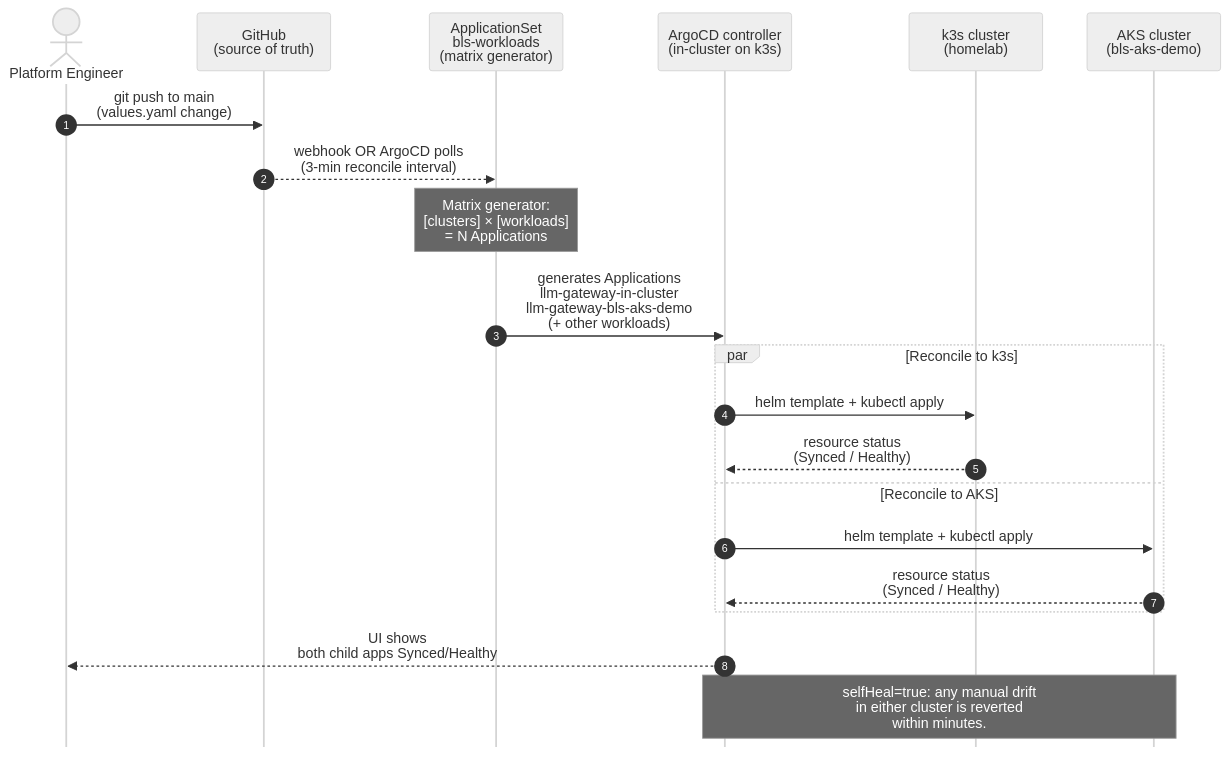
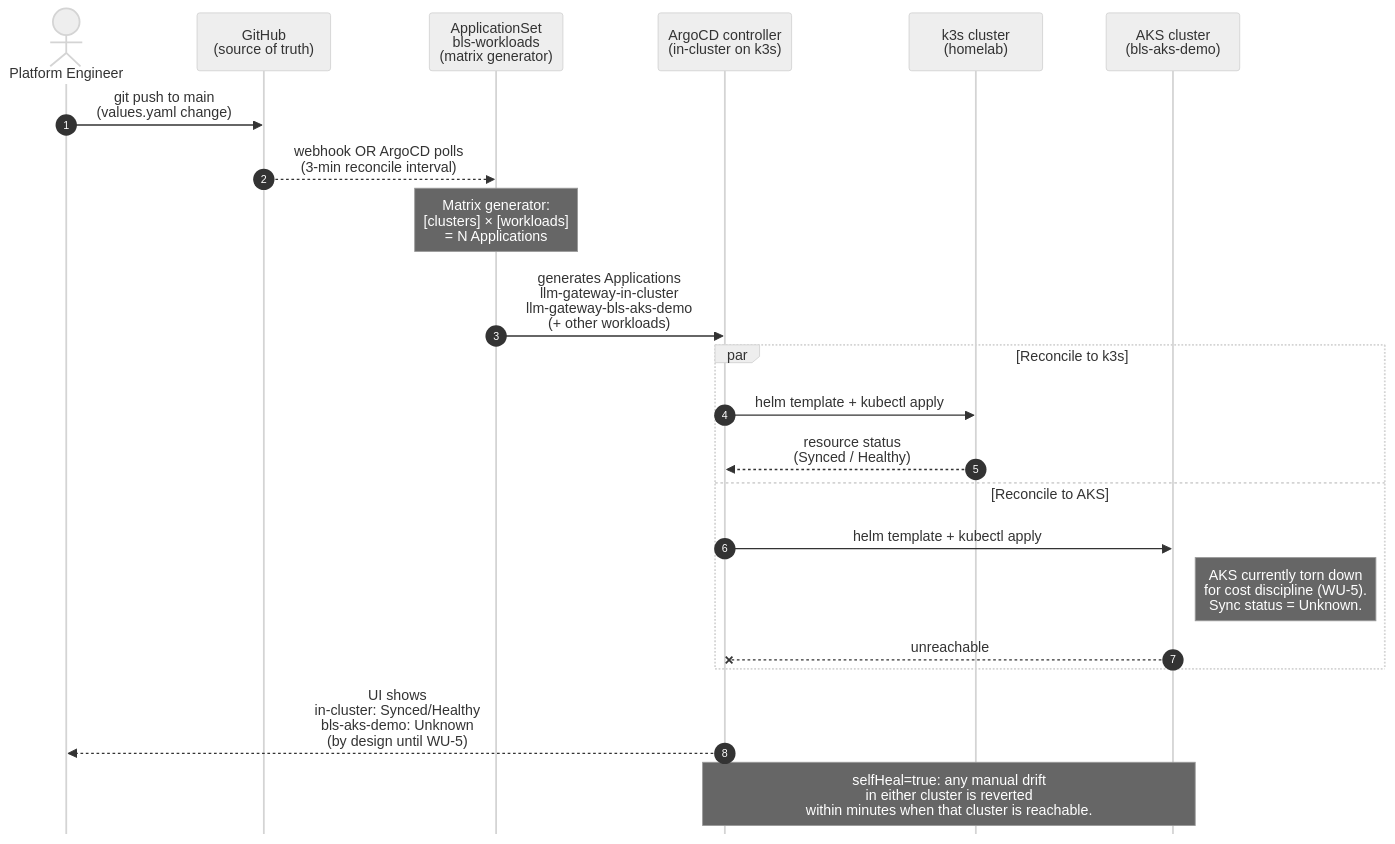
The diagram in docs/diagrams/04-multi-cluster-gitops.mmd (CalmAfterReboot/BLS-platform), drawn with Mermaid before and after one commit. The commit also changed 7 other files, not shown here.

First line of the commit message:
docs: refresh P1–P4 diagrams + add docs/tools-and-urls.md (#12)

```diff
--- a/docs/diagrams/04-multi-cluster-gitops.mmd
+++ b/docs/diagrams/04-multi-cluster-gitops.mmd
@@ -1,36 +1,37 @@
 %%{init: {'theme':'neutral','sequence':{'showSequenceNumbers':true,'mirrorActors':false}}}%%
 sequenceDiagram
     %% Multi-cluster GitOps reconciliation — the ApplicationSet matrix pattern in motion.
 
     actor Dev as Platform Engineer
     participant Git as GitHub<br/>(source of truth)
     participant AS as ApplicationSet<br/>bls-workloads<br/>(matrix generator)
     participant ArgoCD as ArgoCD controller<br/>(in-cluster on k3s)
     participant K3s as k3s cluster<br/>(homelab)
     participant AKS as AKS cluster<br/>(bls-aks-demo)
 
     Dev->>Git: git push to main<br/>(values.yaml change)
     Git-->>AS: webhook OR ArgoCD polls<br/>(3-min reconcile interval)
     Note over AS: Matrix generator:<br/>[clusters] × [workloads]<br/>= N Applications
 
     AS->>ArgoCD: generates Applications<br/>llm-gateway-in-cluster<br/>llm-gateway-bls-aks-demo<br/>(+ other workloads)
 
     par Reconcile to k3s
         ArgoCD->>K3s: helm template + kubectl apply
         K3s-->>ArgoCD: resource status<br/>(Synced / Healthy)
     and Reconcile to AKS
         ArgoCD->>AKS: helm template + kubectl apply
-        AKS-->>ArgoCD: resource status<br/>(Synced / Healthy)
+        Note right of AKS: AKS currently torn down<br/>for cost discipline (WU-5).<br/>Sync status = Unknown.
+        AKS--xArgoCD: unreachable
     end
 
-    ArgoCD-->>Dev: UI shows<br/>both child apps Synced/Healthy
+    ArgoCD-->>Dev: UI shows<br/>in-cluster: Synced/Healthy<br/>bls-aks-demo: Unknown<br/>(by design until WU-5)
 
-    Note over ArgoCD,AKS: selfHeal=true: any manual drift<br/>in either cluster is reverted<br/>within minutes.
+    Note over ArgoCD,AKS: selfHeal=true: any manual drift<br/>in either cluster is reverted<br/>within minutes when that cluster is reachable.
 
 %% Caption — supports BLS-PLATFORM-ENGINEERING-GUIDE.md §4 (P3 multi-cluster
 %% GitOps) and ADR-005 (ApplicationSet matrix pattern). The diagram shows the
 %% full reconciliation cycle for a single git push: ApplicationSet expands the
 %% matrix into one Application per (cluster × workload) pair, ArgoCD reconciles
 %% each Application to its target cluster in parallel, and health rolls back up.
 %% The closing note captures why selfHeal=true is load-bearing — drift in
 %% either cluster is a bug, and ArgoCD is the mechanism that treats it as one.
```
